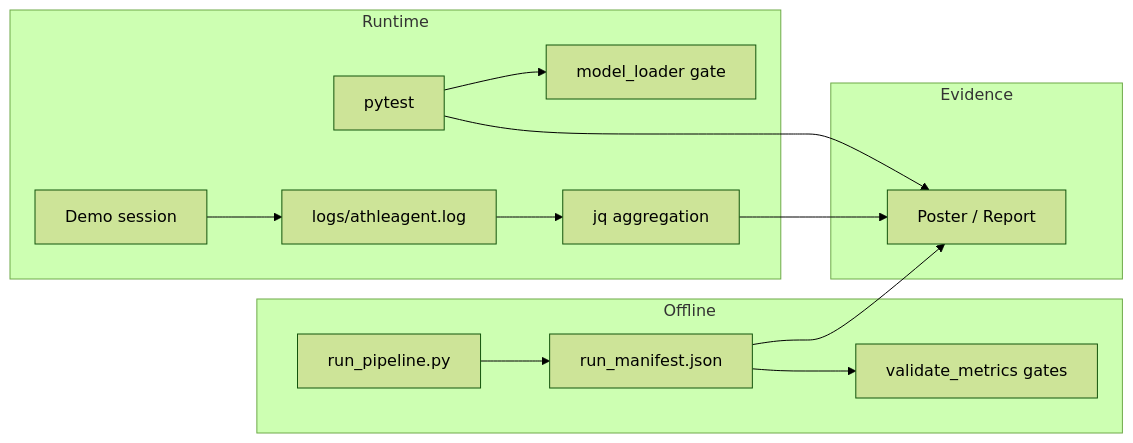
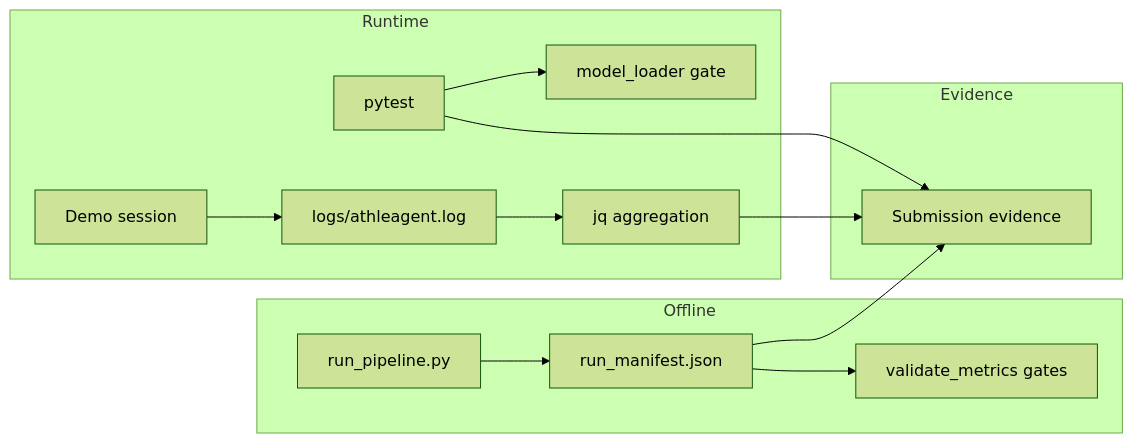
Before and after one commit to yahav97/final_project_AthleAgent: the diagram in docs/NFR.md, drawn with Mermaid (forest theme). The commit also changed other lines of this file and 3 other files, not shown here.

````diff
--- a/docs/NFR.md
+++ b/docs/NFR.md
@@ -554,17 +554,17 @@
 ```mermaid
 flowchart LR
     subgraph Offline
         A[run_pipeline.py] --> B[run_manifest.json]
         B --> C[validate_metrics gates]
     end
     subgraph Runtime
         D[pytest] --> E[model_loader gate]
         F[Demo session] --> G[logs/athleagent.log]
         G --> H[jq aggregation]
     end
     subgraph Evidence
-        B --> I[Poster / Report]
+        B --> I[Submission evidence]
         H --> I
         D --> I
     end
 ```
````
